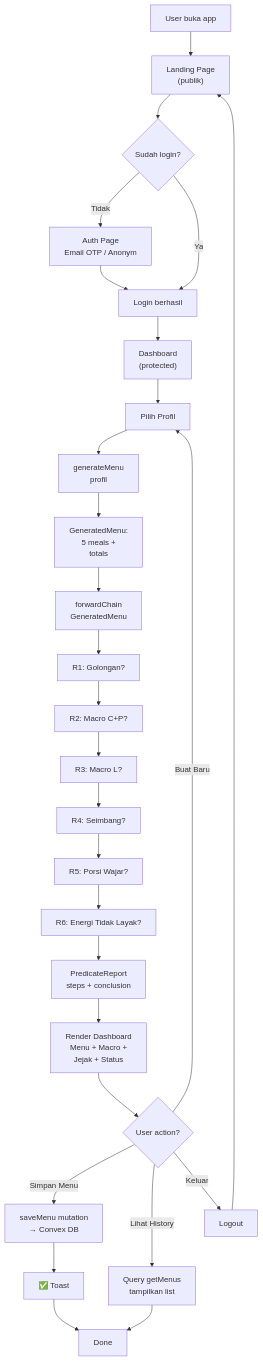
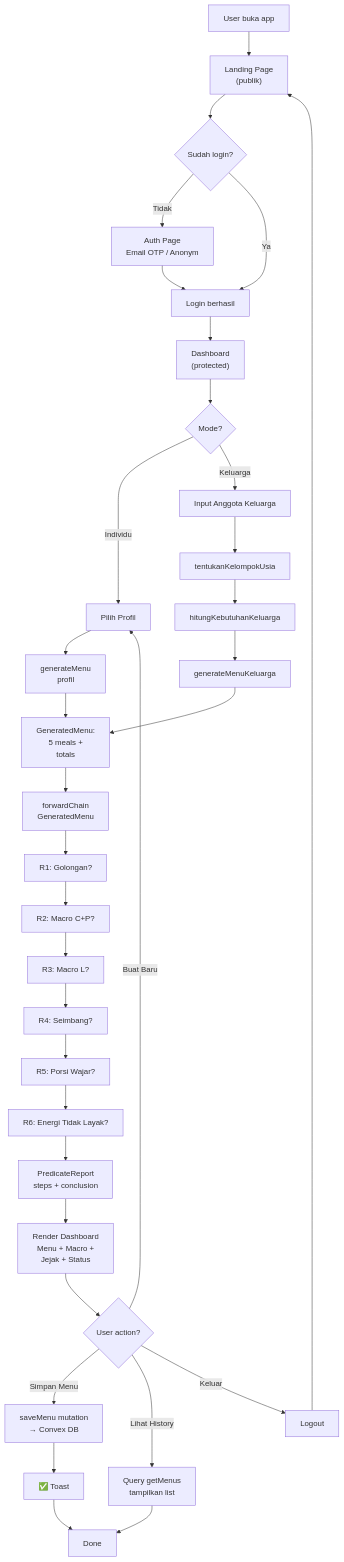
Before and after one commit to emojibanana/menu-giziku: the sixth of 6 diagrams in FLOWCHART_SISTEM.md, drawn with Mermaid. The commit also changed other lines of this file and 1 other file, not shown here.

Commit message:
docs: update README & flowchart untuk fitur menu keluarga

````diff
--- a/FLOWCHART_SISTEM.md
+++ b/FLOWCHART_SISTEM.md
@@ -130,38 +139,46 @@
 ```mermaid
 flowchart TD
     Start[User buka app] --> Landing["Landing Page<br/>(publik)"]
     Landing --> LoginCheck{"Sudah login?"}
 
     LoginCheck -->|Tidak| Auth["Auth Page<br/>Email OTP / Anonym"]
     Auth --> AuthOK["Login berhasil"]
 
     LoginCheck -->|Ya| AuthOK
     AuthOK --> Dashboard["Dashboard<br/>(protected)"]
 
-    Dashboard --> SelectProfile["Pilih Profil"]
+    Dashboard --> SelectMode{"Mode?"}
+    SelectMode -->|Individu| SelectProfile["Pilih Profil"]
+    SelectMode -->|Keluarga| InputKeluarga["Input Anggota Keluarga"]
+
     SelectProfile --> GenerateMenuCall["generateMenu<br/>profil"]
+    InputKeluarga --> KelUsia["tentukanKelompokUsia"]
+    KelUsia --> KelHitung["hitungKebutuhanKeluarga"]
+    KelHitung --> GenKeluarga["generateMenuKeluarga"]
+
     GenerateMenuCall --> GeneratedMenu["GeneratedMenu:<br/>5 meals +<br/>totals"]
+    GenKeluarga --> GeneratedMenu
 
     GeneratedMenu --> ForwardChain["forwardChain<br/>GeneratedMenu"]
     ForwardChain --> R1["R1: Golongan?"]
     R1 --> R2["R2: Macro C+P?"]
     R2 --> R3["R3: Macro L?"]
     R3 --> R4["R4: Seimbang?"]
     R4 --> R5["R5: Porsi Wajar?"]
     R5 --> R6["R6: Energi Tidak Layak?"]
 
     R6 --> Report["PredicateReport<br/>steps + conclusion"]
     Report --> DashboardRender["Render Dashboard<br/>Menu + Macro +<br/>Jejak + Status"]
 
     DashboardRender --> UserAction{"User action?"}
     UserAction -->|Simpan Menu| SaveDB["saveMenu mutation<br/>→ Convex DB"]
     SaveDB --> Toast["✅ Toast"]
 
     UserAction -->|Lihat History| History["Query getMenus<br/>tampilkan list"]
     UserAction -->|Buat Baru| SelectProfile
     UserAction -->|Keluar| Logout["Logout"]
     Logout --> Landing
 
     Toast --> End[Done]
     History --> End
 ```
````
